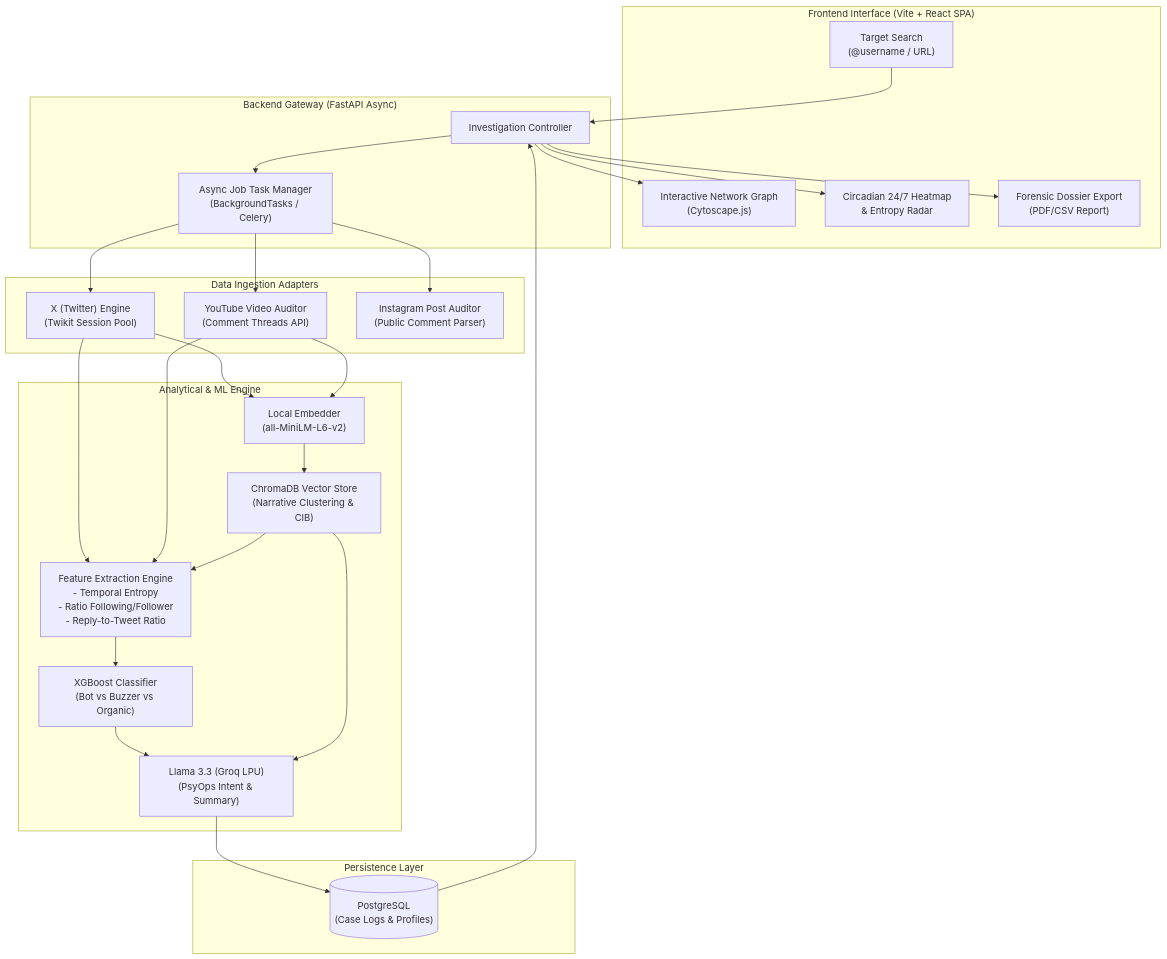
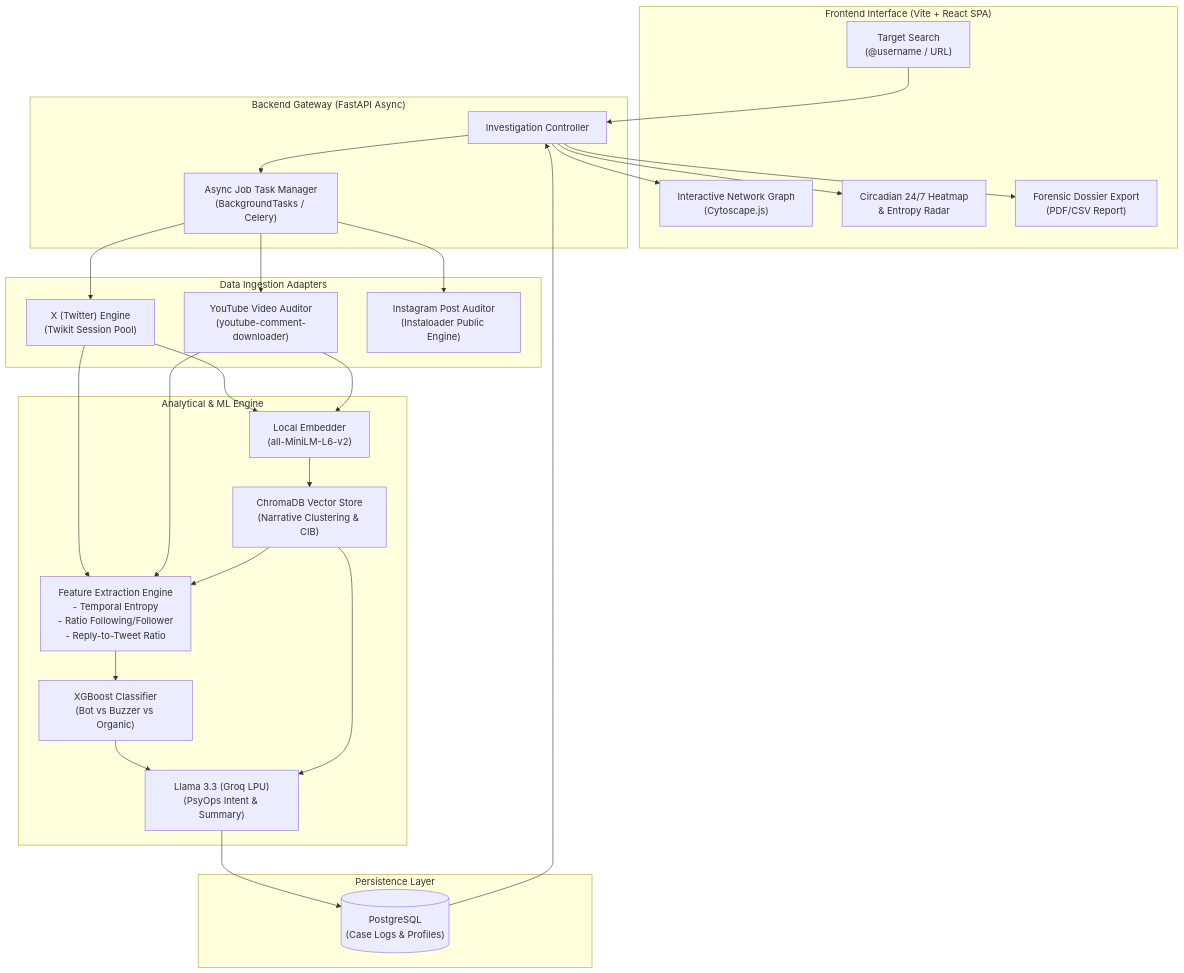
Before and after one commit to AcademyCity-RND/AC-ProjectAxiom: the first of 2 diagrams in docs/PRD-Axiom.md, drawn with Mermaid. The commit also changed other lines of this file and 1 other file, not shown here.

Commit message:
docs: update PRD and roadmap for open-source multi-platform scraping and dual-tier report

````diff
--- a/docs/PRD-Axiom.md
+++ b/docs/PRD-Axiom.md
@@ -99,48 +99,48 @@
 ```mermaid
 flowchart TD
     subgraph UI["Frontend Interface (Vite + React SPA)"]
         Search["Target Search\n(@username / URL)"]
         GraphView["Interactive Network Graph\n(Cytoscape.js)"]
         HeatmapView["Circadian 24/7 Heatmap\n& Entropy Radar"]
         ReportView["Forensic Dossier Export\n(PDF/CSV Report)"]
     end
 
     subgraph API["Backend Gateway (FastAPI Async)"]
         Router["Investigation Controller"]
         Queue["Async Job Task Manager\n(BackgroundTasks / Celery)"]
     end
 
     subgraph Ingestion["Data Ingestion Adapters"]
         XAdapter["X (Twitter) Engine\n(Twikit Session Pool)"]
-        YTAdapter["YouTube Video Auditor\n(Comment Threads API)"]
-        IGAdapter["Instagram Post Auditor\n(Public Comment Parser)"]
+        YTAdapter["YouTube Video Auditor\n(youtube-comment-downloader)"]
+        IGAdapter["Instagram Post Auditor\n(Instaloader Public Engine)"]
     end
 
     subgraph AI["Analytical & ML Engine"]
         FeatEng["Feature Extraction Engine\n- Temporal Entropy\n- Ratio Following/Follower\n- Reply-to-Tweet Ratio"]
         Embedder["Local Embedder\n(all-MiniLM-L6-v2)"]
         XGB["XGBoost Classifier\n(Bot vs Buzzer vs Organic)"]
         Chroma["ChromaDB Vector Store\n(Narrative Clustering & CIB)"]
         LLM["Llama 3.3 (Groq LPU)\n(PsyOps Intent & Summary)"]
     end
 
     subgraph Storage["Persistence Layer"]
         PG[("PostgreSQL\n(Case Logs & Profiles)")]
     end
 
     %% Connections
     Search --> Router
     Router --> Queue
     Queue --> XAdapter & YTAdapter & IGAdapter
     XAdapter & YTAdapter --> FeatEng & Embedder
     
     FeatEng --> XGB
     Embedder --> Chroma
     Chroma --> FeatEng
     
     XGB & Chroma --> LLM
     LLM --> PG
     
     PG --> Router
     Router --> GraphView & HeatmapView & ReportView
 ```
````
